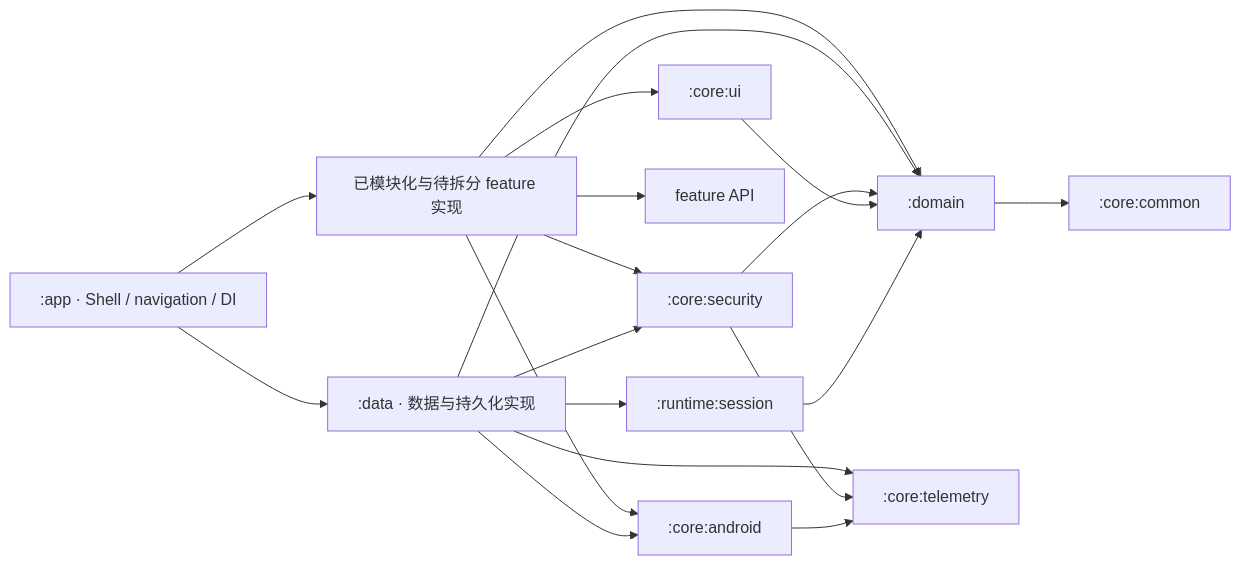
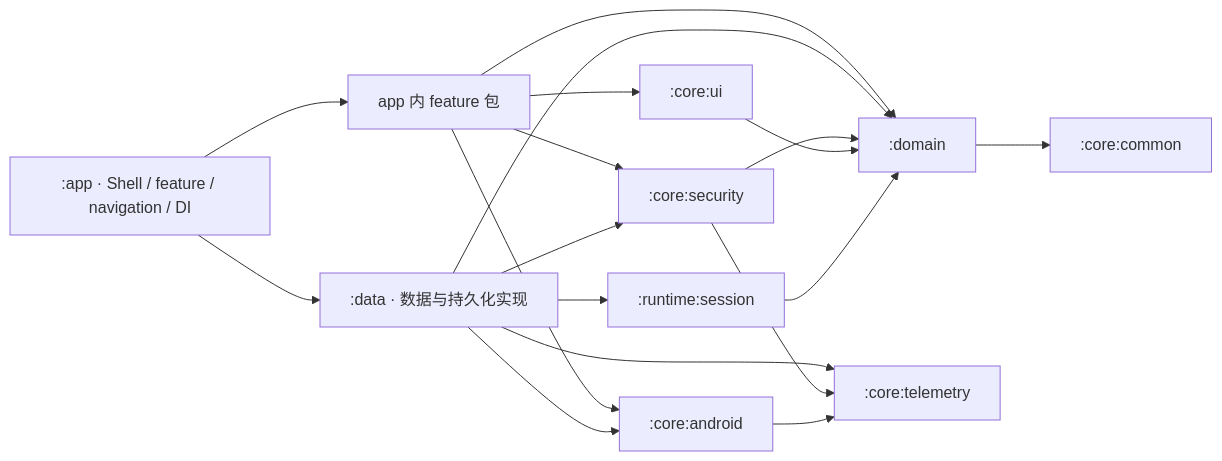
One commit to aozijx/Passly changed the first of 2 diagrams in docs/architecture/overview.md. Above: the diagram before and after it, drawn with Mermaid. The commit also changed other lines of this file and 117 other files, not shown here.

````diff
--- a/docs/architecture/overview.md
+++ b/docs/architecture/overview.md
@@ -24,21 +22,20 @@
 ```mermaid
 flowchart LR
-    APP[":app · Shell / navigation / DI"] --> FEATURE["已模块化与待拆分 feature 实现"]
+    APP[":app · Shell / feature / navigation / DI"] --> FEATURE["app 内 feature 包"]
     APP --> DATA[":data · 数据与持久化实现"]
     FEATURE --> UI[":core:ui"]
     FEATURE --> ANDROID[":core:android"]
     FEATURE --> SECURITY[":core:security"]
     FEATURE --> D[":domain"]
-    FEATURE --> FEATURE_API["feature API"]
     DATA --> SESSION[":runtime:session"]
     DATA --> ANDROID
     DATA --> SECURITY
     DATA --> TELEMETRY[":core:telemetry"]
     DATA --> D
     SECURITY --> TELEMETRY
     SECURITY --> D
     UI --> D
     ANDROID --> TELEMETRY
     SESSION --> D
     D --> COMMON[":core:common"]
 ```
````
